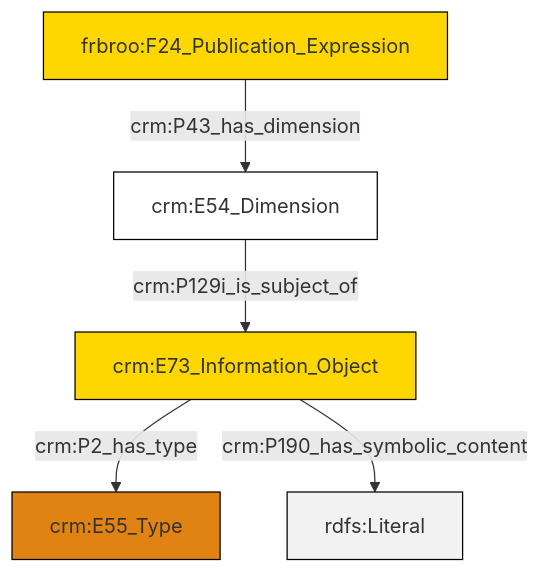
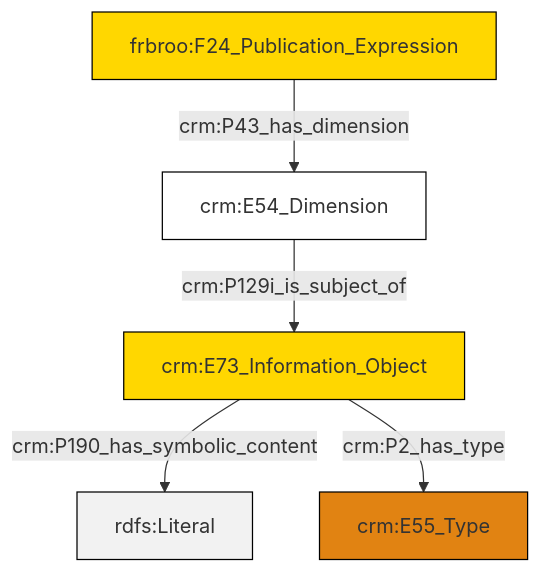
One commit to swiss-art-research-net/docs.swissartresearch changed the diagram in et/biblioCSV/ttl/mmd/biblio_substance.ttl.mmd. Above: the diagram before and after it, drawn with Mermaid. The commit also changed 173 other files, not shown here.

```diff
--- a/et/biblioCSV/ttl/mmd/biblio_substance.ttl.mmd
+++ b/et/biblioCSV/ttl/mmd/biblio_substance.ttl.mmd
@@ -1,19 +1,19 @@
 graph TD
 classDef Literal fill:#f2f2f2,stroke:#000000;
 classDef CRM_Entity fill:#FFFFFF,stroke:#000000;
 classDef Temporal_Entity fill:#00C9E6, stroke:#000000;
 classDef Type fill:#E18312, stroke:#000000;
 classDef Time-Span fill:#2C9C91, stroke:#000000;
 classDef Appellation fill:#FFEB7F, stroke:#000000;
 classDef Place fill:#008836, stroke:#000000;
 classDef Persistent_Item fill:#B266B2, stroke:#000000;
 classDef Conceptual_Object fill:#FFD700, stroke:#000000;
 classDef Physical_Thing fill:#D2B48C, stroke:#000000;
 classDef Actor fill:#f58aad, stroke:#000000;
 classDef PC_Classes fill:#4ce600, stroke:#000000;
 classDef Multi fill:#cccccc,stroke:#000000;
 
-0["crm:E73_Information_Object"]:::Conceptual_Object -->|crm:P2_has_type| 2["crm:E55_Type"]:::Type
-3["frbroo:F24_Publication_Expression"]:::Conceptual_Object -->|crm:P43_has_dimension| 5["crm:E54_Dimension"]:::CRM_Entity
-0["crm:E73_Information_Object"]:::Conceptual_Object -->|crm:P190_has_symbolic_content| 6[rdfs:Literal]:::Literal
-5["crm:E54_Dimension"]:::CRM_Entity -->|crm:P129i_is_subject_of| 0["crm:E73_Information_Object"]:::Conceptual_Object
+4["frbroo:F24_Publication_Expression"]:::Conceptual_Object -->|crm:P43_has_dimension| 0["crm:E54_Dimension"]:::CRM_Entity
+0["crm:E54_Dimension"]:::CRM_Entity -->|crm:P129i_is_subject_of| 2["crm:E73_Information_Object"]:::Conceptual_Object
+2["crm:E73_Information_Object"]:::Conceptual_Object -->|crm:P190_has_symbolic_content| 8[rdfs:Literal]:::Literal
+2["crm:E73_Information_Object"]:::Conceptual_Object -->|crm:P2_has_type| 6["crm:E55_Type"]:::Type
```
